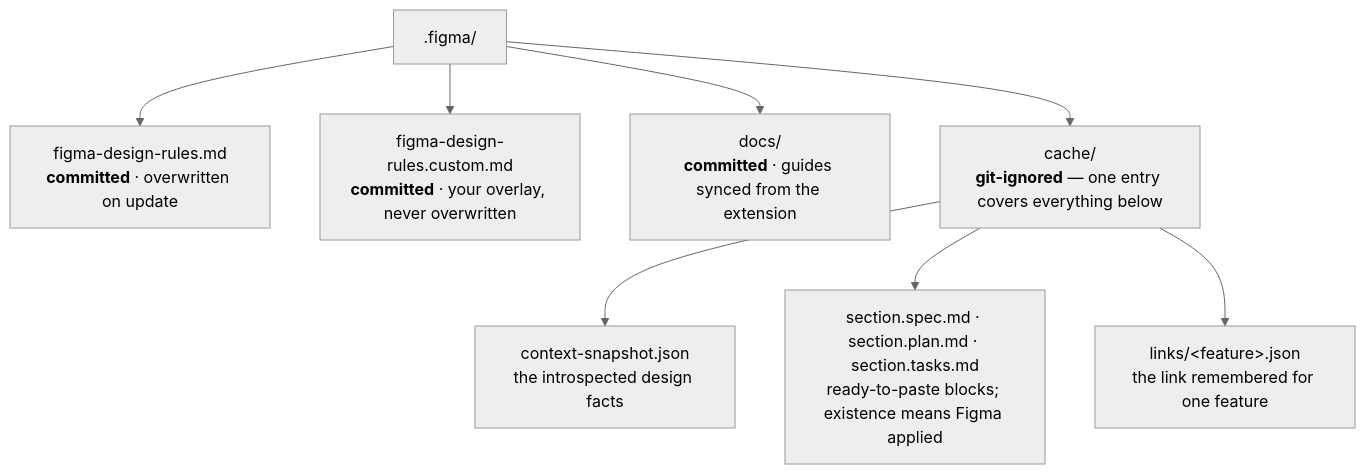
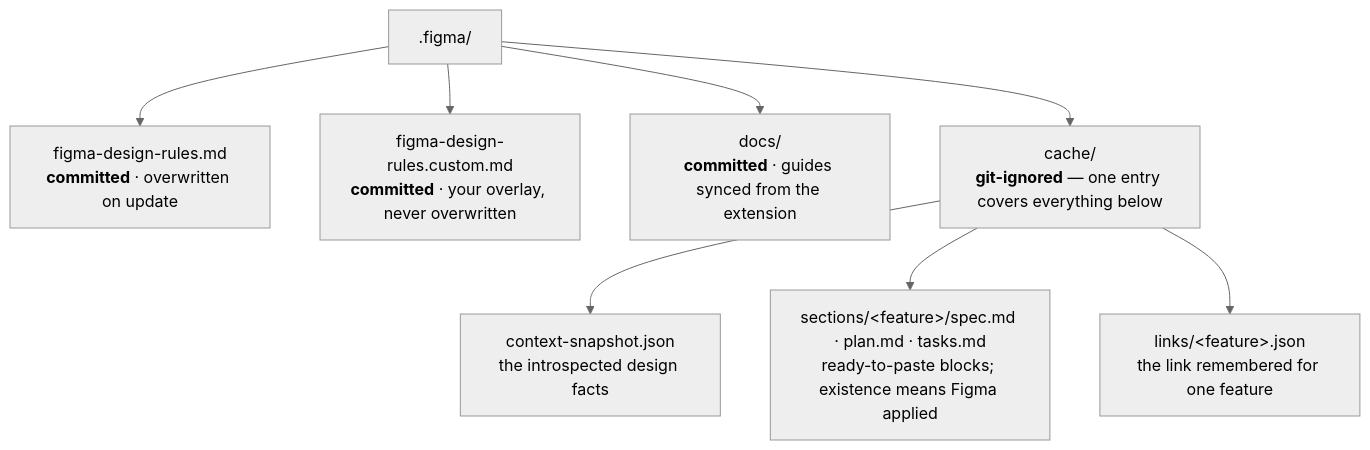
One commit to Fyloss/spec-kit-figma changed diagram 11 of 11 in docs/ARCHITECTURE.md. Above: the diagram before and after it, drawn with Mermaid (neutral theme). The commit also changed other lines of this file and 6 other files, not shown here.

````diff
--- a/docs/ARCHITECTURE.md
+++ b/docs/ARCHITECTURE.md
@@ -438,12 +438,12 @@
 ```mermaid
 flowchart TD
     Root[".figma/"]
     Root --> Rules["figma-design-rules.md<br><b>committed</b> · overwritten on update"]
     Root --> Custom["figma-design-rules.custom.md<br><b>committed</b> · your overlay, never overwritten"]
     Root --> Guides["docs/<br><b>committed</b> · guides synced from the extension"]
     Root --> Cache["cache/<br><b>git-ignored</b> — one entry covers everything below"]
 
     Cache --> Snap["context-snapshot.json<br>the introspected design facts"]
-    Cache --> Sec["section.spec.md · section.plan.md · section.tasks.md<br>ready-to-paste blocks; existence means Figma applied"]
+    Cache --> Sec["sections/&lt;feature&gt;/spec.md · plan.md · tasks.md<br>ready-to-paste blocks; existence means Figma applied"]
     Cache --> Links["links/&lt;feature&gt;.json<br>the link remembered for one feature"]
 ```
````
